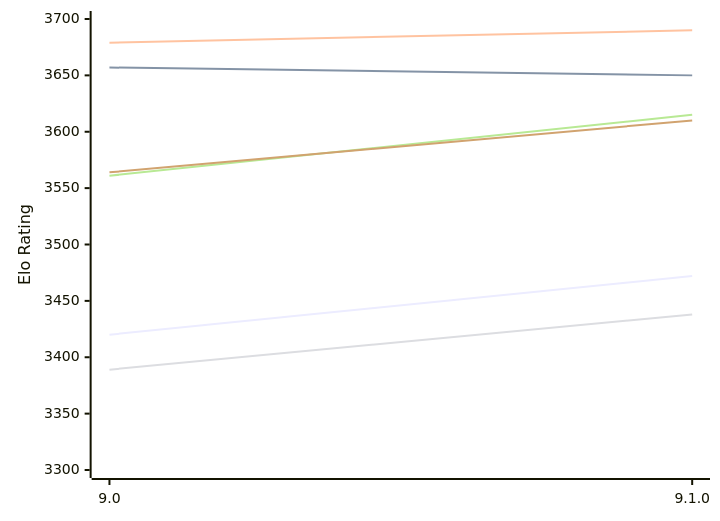
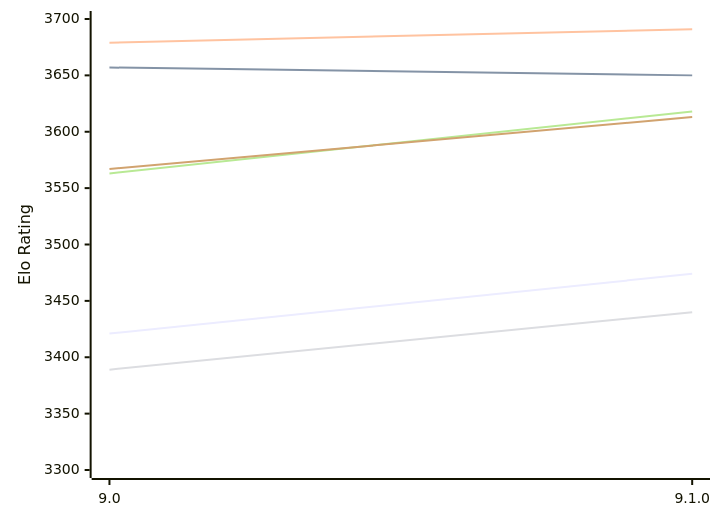
One commit to computer-chess-index/cci changed the first of 2 diagrams in engines/Alexandria.md. Above: the diagram before and after it, drawn with Mermaid. The commit also changed other lines of this file, not shown here.

Commit message:
Update CCI Ratings (ELO VLTC) - 2026-11-17

````diff
--- a/engines/Alexandria.md
+++ b/engines/Alexandria.md
@@ -54,12 +54,12 @@
 ```mermaid
 %%{init: {"theme":"base","themeVariables":{"seriesColors:['#a3a3a3','#222221','#faa371']}}}%%
 xychart-beta
   x-axis ["9.0", "9.1.0"]
   y-axis "Elo Rating" 3300 --> 3700
-  line "E1: STC (8.0+0.08s)" [3420, 3472]
+  line "E1: STC (8.0+0.08s)" [3421, 3474]
   line "E1: LTC (60.0+0.60s)" [3657, 3650]
-  line "E1: VLTC (2m24s+1.12s)" [3679, 3690]
-  line "P1: STC (8.0+0.08s)" [3389, 3438]
-  line "P1: LTC (60.0+0.60s)" [3561, 3615]
-  line "P1: VLTC (2m24s+1.12s)" [3564, 3610]
+  line "E1: VLTC (2m24s+1.12s)" [3679, 3691]
+  line "P1: STC (8.0+0.08s)" [3389, 3440]
+  line "P1: LTC (60.0+0.60s)" [3563, 3618]
+  line "P1: VLTC (2m24s+1.12s)" [3567, 3613]
 ```
````
